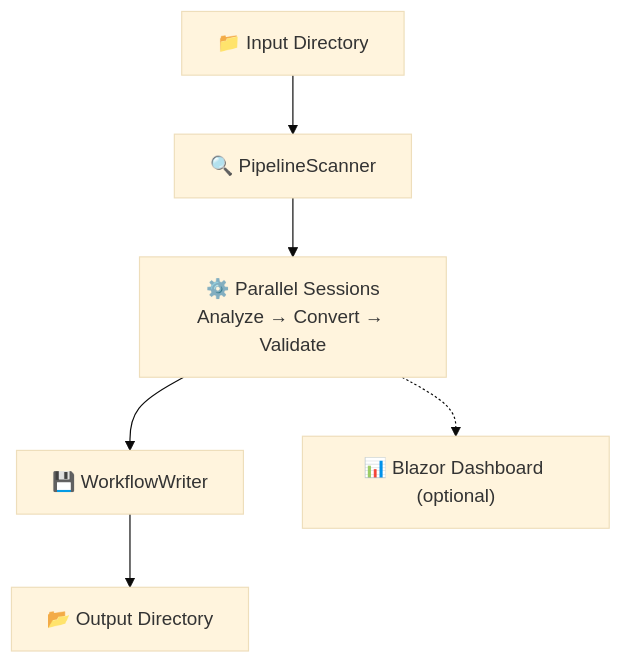
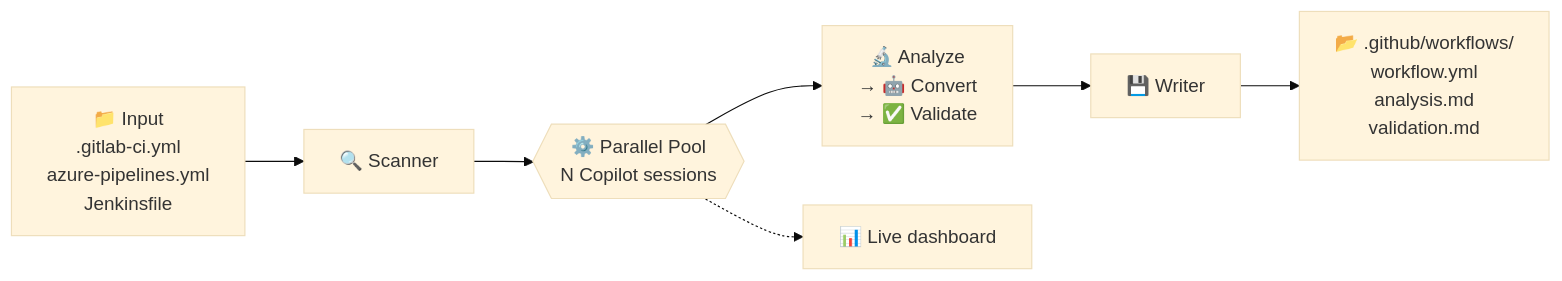
One commit to Frank802/ghcp-action-importer changed the diagram in docs/index.md. Above: the diagram before and after it, drawn with Mermaid (base theme). The commit also changed other lines of this file and 3 other files, not shown here.

````diff
--- a/docs/index.md
+++ b/docs/index.md
@@ -33,8 +103,9 @@
-```mermaid
-flowchart TB
-    Input["📁 Input Directory"] --> Scan["🔍 PipelineScanner"]
-    Scan --> Process["⚙️ Parallel Sessions<br/>Analyze → Convert → Validate"]
-    Process --> Write["💾 WorkflowWriter"]
-    Write --> Output["📂 Output Directory"]
-    Process -.-> Dashboard["📊 Blazor Dashboard (optional)"]
-```
+      <div class="mermaid">
+flowchart LR
+    Input["📁 Input<br/>.gitlab-ci.yml<br/>azure-pipelines.yml<br/>Jenkinsfile"] --> Scan["🔍 Scanner"]
+    Scan --> Pool{{"⚙️ Parallel Pool<br/>N Copilot sessions"}}
+    Pool --> S1["🔬 Analyze<br/>→ 🤖 Convert<br/>→ ✅ Validate"]
+    S1 --> Write["💾 Writer"]
+    Write --> Output["📂 .github/workflows/<br/>workflow.yml<br/>analysis.md<br/>validation.md"]
+    Pool -.-> Dash["📊 Live dashboard"]
+      </div>
````
